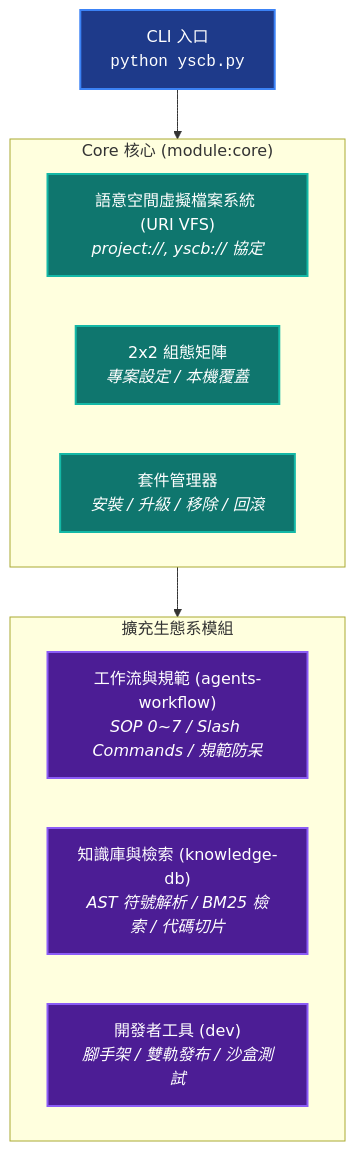
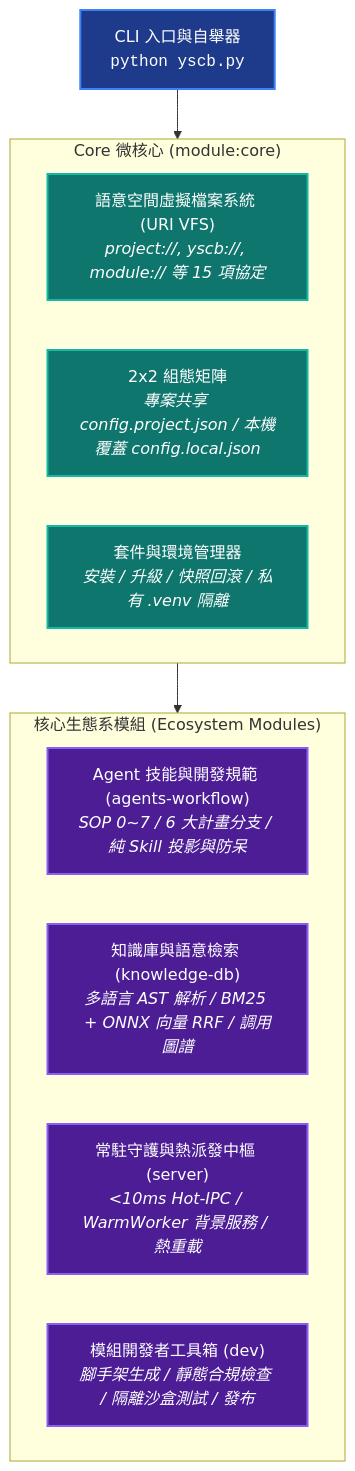
One commit to ysnaive/ys-codebase changed the diagram in README.md. Above: the diagram before and after it, drawn with Mermaid. The commit also changed other lines of this file and 33 other files, not shown here.

Commit message:
feat(onboarding): overhaul downstream quickstart docs, add CLI next-steps banners and actionable URI quick-fix hints

````diff
--- a/README.md
+++ b/README.md
@@ -15,23 +15,24 @@
 ```mermaid
 graph TD
     classDef host fill:#1e3a8a,stroke:#3b82f6,stroke-width:2px,color:#fff;
     classDef core fill:#0f766e,stroke:#14b8a6,stroke-width:2px,color:#fff;
     classDef mod fill:#4c1d95,stroke:#8b5cf6,stroke-width:2px,color:#fff;
 
-    Host["CLI 入口<br/><code>python yscb.py</code>"]:::host
+    Host["CLI 入口與自舉器<br/><code>python yscb.py</code>"]:::host
 
-    subgraph Kernel ["Core 核心 (module:core)"]
-        URI["語意空間虛擬檔案系統 (URI VFS)<br/><i>project://, yscb:// 協定</i>"]:::core
-        Config["2x2 組態矩陣<br/><i>專案設定 / 本機覆蓋</i>"]:::core
-        Installer["套件管理器<br/><i>安裝 / 升級 / 移除 / 回滾</i>"]:::core
+    subgraph Kernel ["Core 微核心 (module:core)"]
+        URI["語意空間虛擬檔案系統 (URI VFS)<br/><i>project://, yscb://, module:// 等 15 項協定</i>"]:::core
+        Config["2x2 組態矩陣<br/><i>專案共享 config.project.json / 本機覆蓋 config.local.json</i>"]:::core
+        Installer["套件與環境管理器<br/><i>安裝 / 升級 / 快照回滾 / 私有 .venv 隔離</i>"]:::core
     end
 
-    subgraph Ecosystem ["擴充生態系模組"]
-        Workflow["工作流與規範 (agents-workflow)<br/><i>SOP 0~7 / Slash Commands / 規範防呆</i>"]:::mod
-        Knowledge["知識庫與檢索 (knowledge-db)<br/><i>AST 符號解析 / BM25 檢索 / 代碼切片</i>"]:::mod
-        Dev["開發者工具 (dev)<br/><i>腳手架 / 雙軌發布 / 沙盒測試</i>"]:::mod
+    subgraph Ecosystem ["核心生態系模組 (Ecosystem Modules)"]
+        Workflow["Agent 技能與開發規範 (agents-workflow)<br/><i>SOP 0~7 / 6 大計畫分支 / 純 Skill 投影與防呆</i>"]:::mod
+        Knowledge["知識庫與語意檢索 (knowledge-db)<br/><i>多語言 AST 解析 / BM25 + ONNX 向量 RRF / 調用圖譜</i>"]:::mod
+        Server["常駐守護與熱派發中樞 (server)<br/><i>&lt;10ms Hot-IPC / WarmWorker 背景服務 / 熱重載</i>"]:::mod
+        Dev["模組開發者工具箱 (dev)<br/><i>腳手架生成 / 靜態合規檢查 / 隔離沙盒測試 / 發布</i>"]:::mod
     end
 
     Host --> Kernel
     Kernel --> Ecosystem
 ```
````
